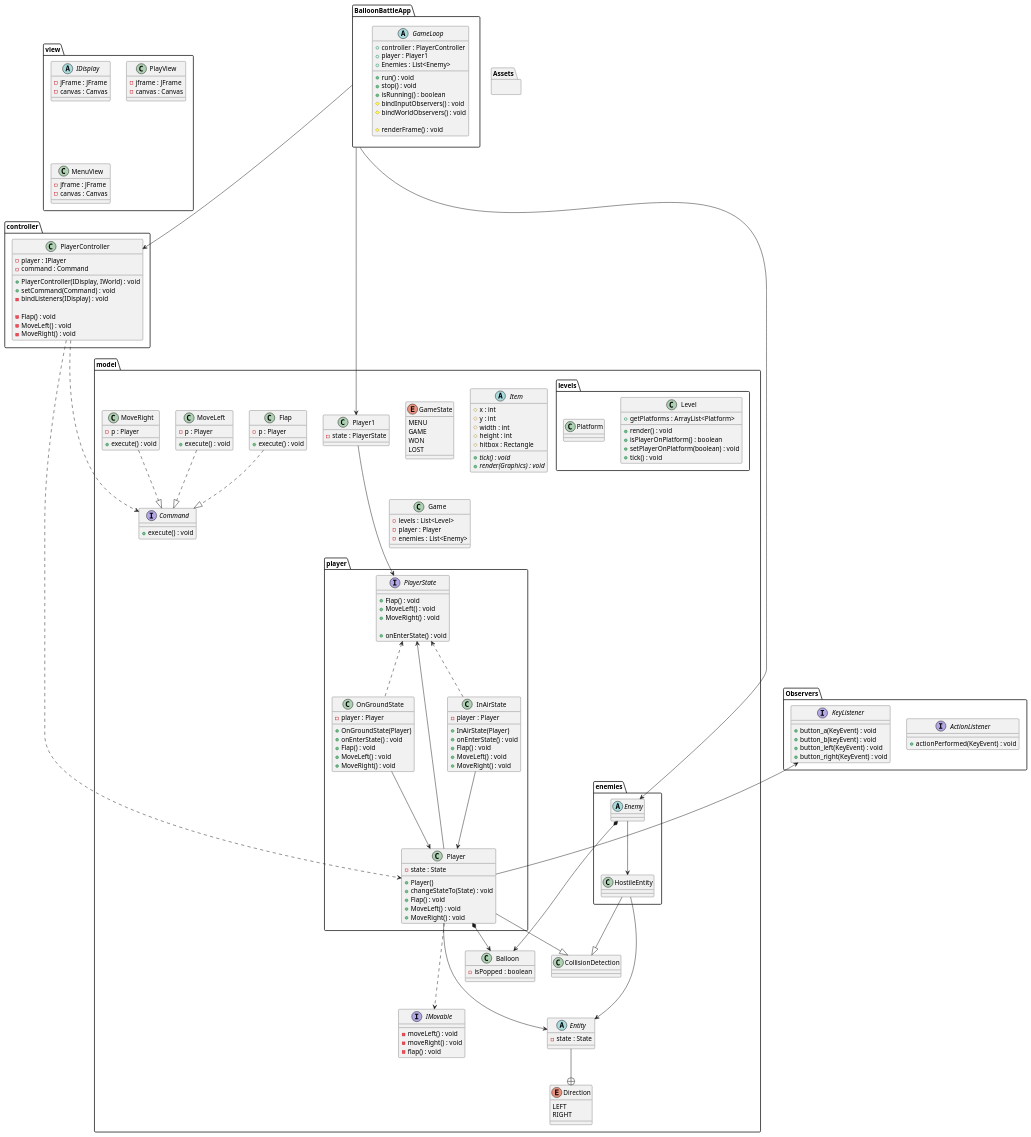
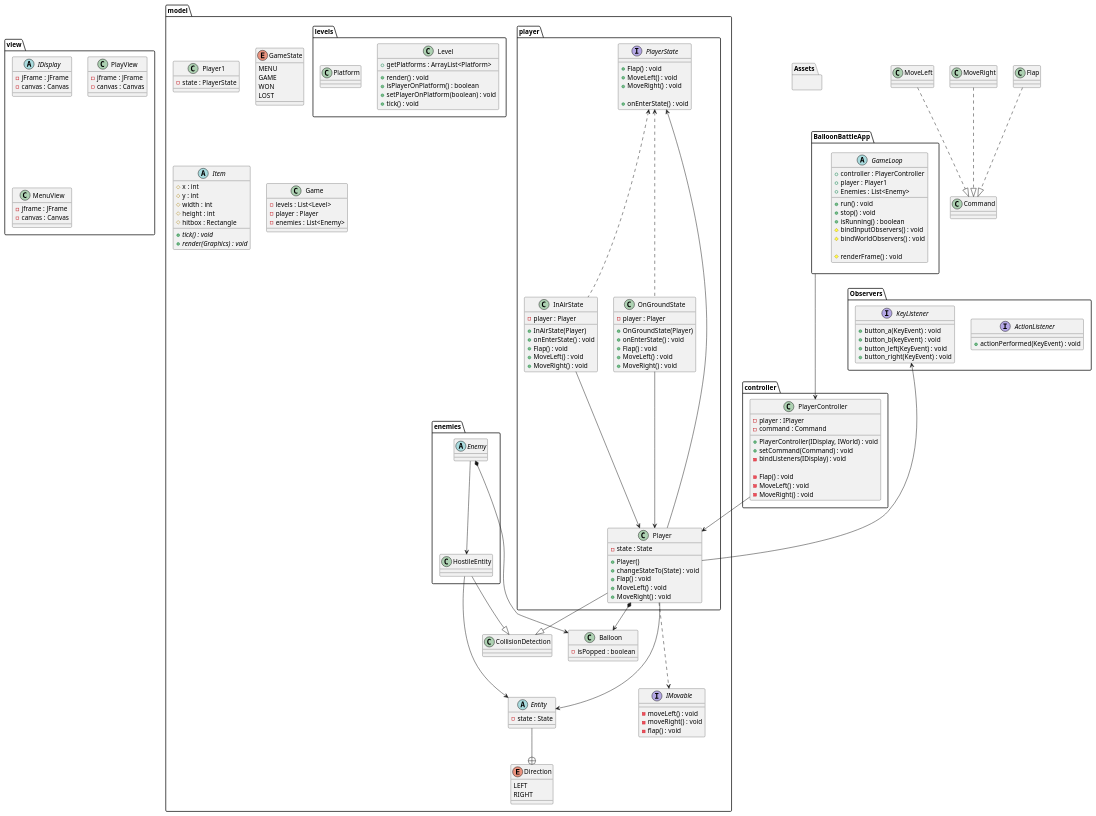
The diagram in doc/3-UML.puml (carl-stewart/balloon-battle), drawn with PlantUML before and after one commit.

```diff
--- a/doc/3-UML.puml
+++ b/doc/3-UML.puml
@@ -153,28 +153,6 @@
     }
 
 
-    interface Command {
-        +execute() : void
-    }
-
-    class Flap{
-        -p : Player
-        +execute() : void
-    }
-
-    class MoveLeft {
-        -p : Player
-        +execute() : void
-    }
-
-    class MoveRight {
-        -p : Player
-        +execute() : void
-    }
-
-
-
-
     enum GameState {
         MENU
         GAME
@@ -216,11 +194,8 @@
 
 
 BalloonBattleApp ---> PlayerController
-BalloonBattleApp ---> Player1
-BalloonBattleApp ---> Enemy
 
-PlayerController ...> Player
-PlayerController ...> Command
+PlayerController --> Player
 
 Entity --+ Direction
 
@@ -228,7 +203,6 @@
 MoveLeft ..|> Command
 MoveRight ..|> Command
 
-Player1 ---> PlayerState
 
 InAirState ---> Player
 OnGroundState ---> Player
@@ -238,7 +212,6 @@
 HostileEntity --|> CollisionDetection
 
 Enemy *--> Balloon
-
 
 Player ---> Entity
 PlayerState <-- Player
```
